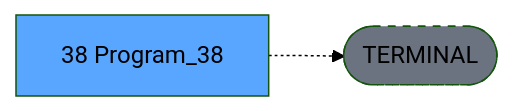
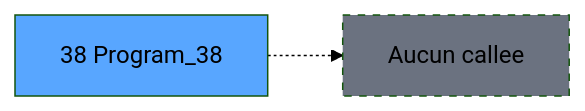
One commit to thonyAGP/magic-migration changed the third of 3 diagrams in .openspec/specs/ADH-IDE-38.md. Above: the diagram before and after it, drawn with Mermaid (forest theme). The commit also changed other lines of this file and 311 other files, not shown here.

````diff
--- a/.openspec/specs/ADH-IDE-38.md
+++ b/.openspec/specs/ADH-IDE-38.md
@@ -138,8 +126,8 @@
 ```mermaid
 graph LR
-    T[38 Program_38]
-    TERM([TERMINAL])
-    T -.-> TERM
-    style TERM fill:#6b7280,stroke-dasharray: 5 5
-    style T fill:#58a6ff,color:#000
+    T38[38 Program_38]
+    style T38 fill:#58a6ff
+    NONE[Aucun callee]
+    T38 -.-> NONE
+    style NONE fill:#6b7280,stroke-dasharray: 5 5
 ```
````
